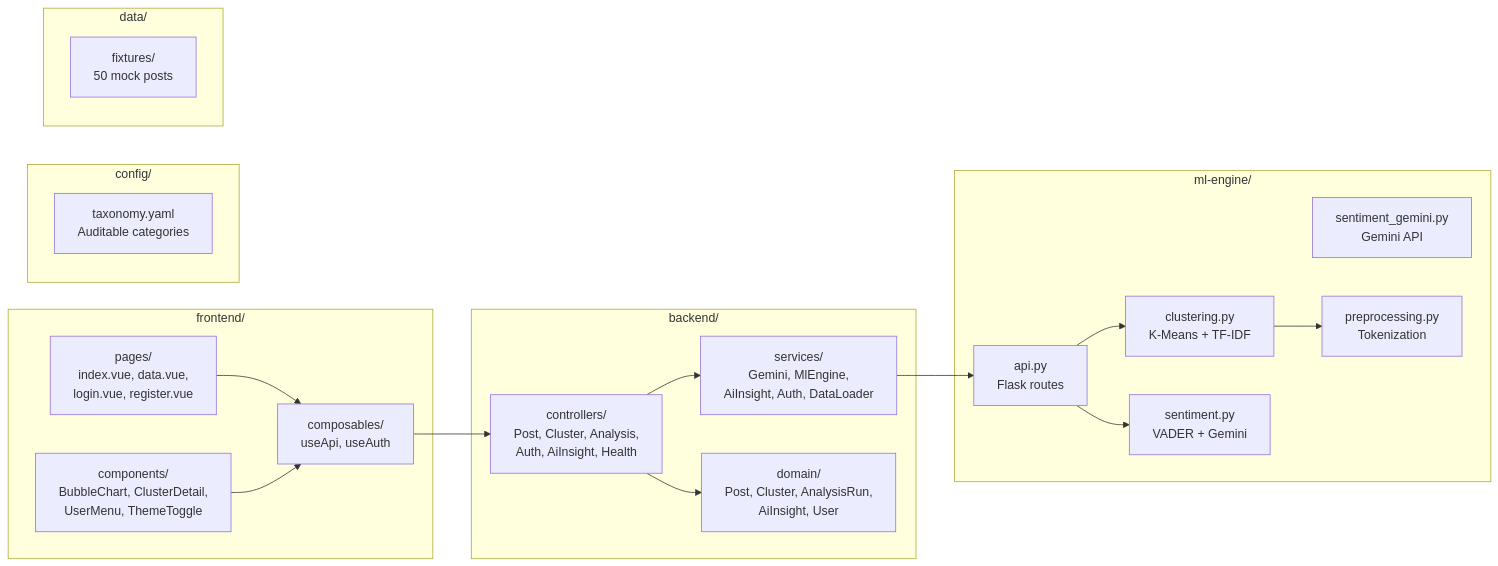
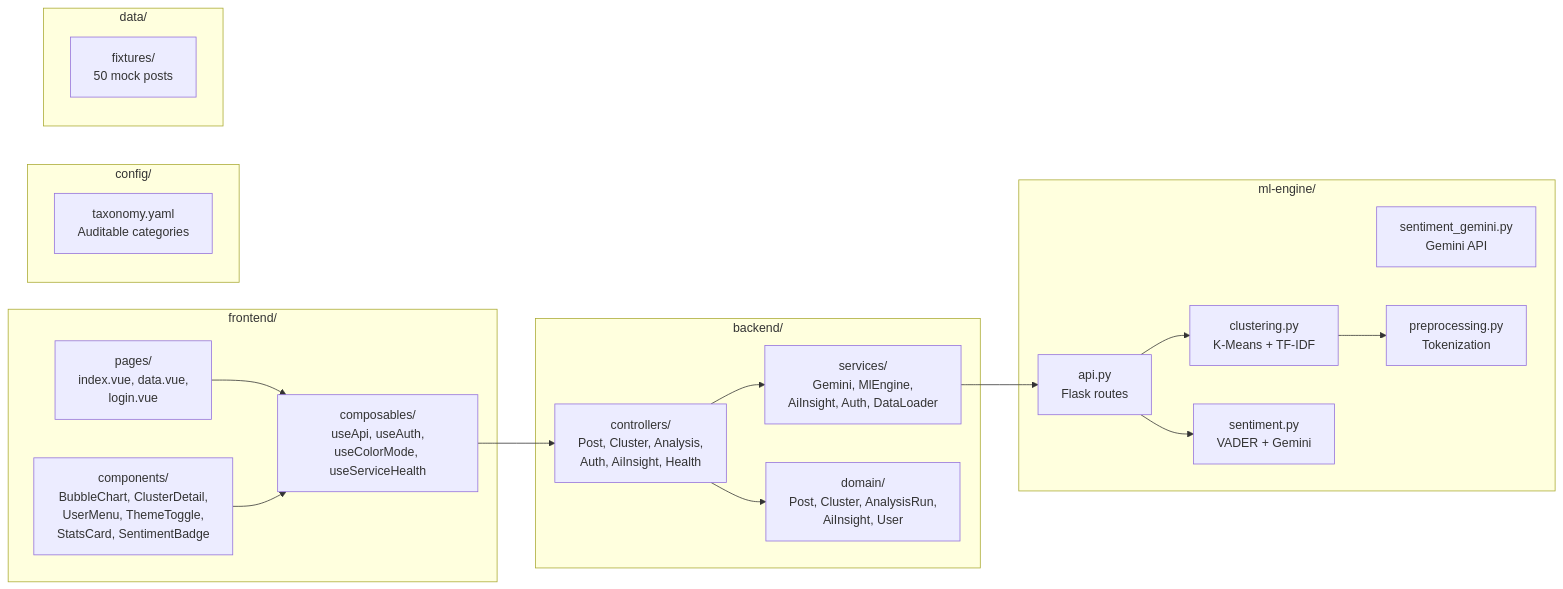
One commit to Bphissles/brand-sentiment-analysis changed the fourth of 7 diagrams in docs/ARCHITECTURE.md. Above: the diagram before and after it, drawn with Mermaid. The commit also changed other lines of this file and 6 other files, not shown here.

````diff
--- a/docs/ARCHITECTURE.md
+++ b/docs/ARCHITECTURE.md
@@ -158,40 +163,40 @@
 ```mermaid
 graph LR
     subgraph frontend["frontend/"]
-        PAGES[pages/<br/>index.vue, data.vue,<br/>login.vue, register.vue]
-        COMPONENTS[components/<br/>BubbleChart, ClusterDetail,<br/>UserMenu, ThemeToggle]
-        COMPOSABLES[composables/<br/>useApi, useAuth]
+        PAGES[pages/<br/>index.vue, data.vue,<br/>login.vue]
+        COMPONENTS[components/<br/>BubbleChart, ClusterDetail,<br/>UserMenu, ThemeToggle,<br/>StatsCard, SentimentBadge]
+        COMPOSABLES[composables/<br/>useApi, useAuth,<br/>useColorMode, useServiceHealth]
     end
 
     subgraph backend["backend/"]
         CONTROLLERS[controllers/<br/>Post, Cluster, Analysis,<br/>Auth, AiInsight, Health]
         SERVICES[services/<br/>Gemini, MlEngine,<br/>AiInsight, Auth, DataLoader]
         DOMAIN[domain/<br/>Post, Cluster, AnalysisRun,<br/>AiInsight, User]
     end
 
     subgraph mlengine["ml-engine/"]
         API[api.py<br/>Flask routes]
         CLUSTERING[clustering.py<br/>K-Means + TF-IDF]
         SENTIMENT[sentiment.py<br/>VADER + Gemini]
         GEMINI_PY[sentiment_gemini.py<br/>Gemini API]
         PREPROCESS[preprocessing.py<br/>Tokenization]
     end
 
     subgraph config["config/"]
         TAXONOMY[taxonomy.yaml<br/>Auditable categories]
     end
 
     subgraph data["data/"]
         FIXTURES[fixtures/<br/>50 mock posts]
     end
 
     PAGES --> COMPOSABLES
     COMPONENTS --> COMPOSABLES
     COMPOSABLES --> CONTROLLERS
     CONTROLLERS --> SERVICES
     CONTROLLERS --> DOMAIN
     SERVICES --> API
     API --> CLUSTERING
     API --> SENTIMENT
     CLUSTERING --> PREPROCESS
 ```
````
